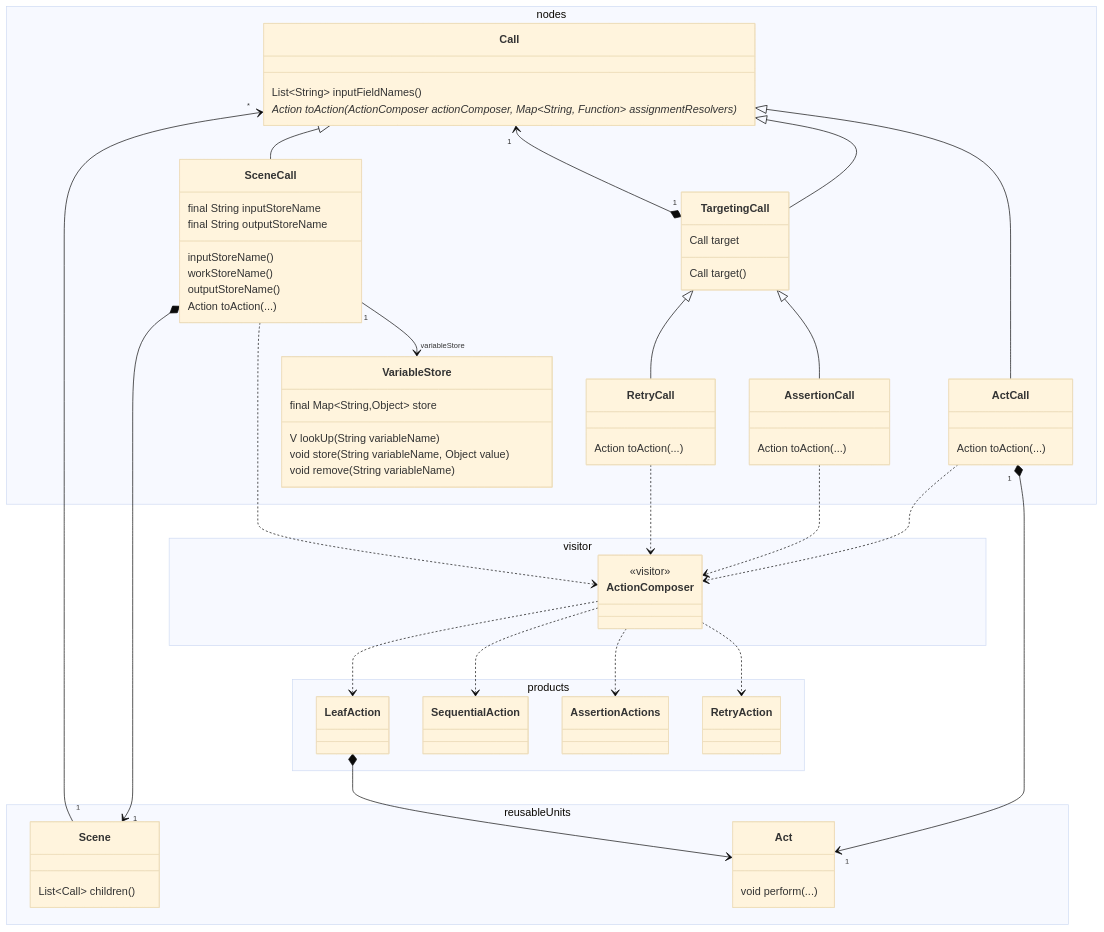
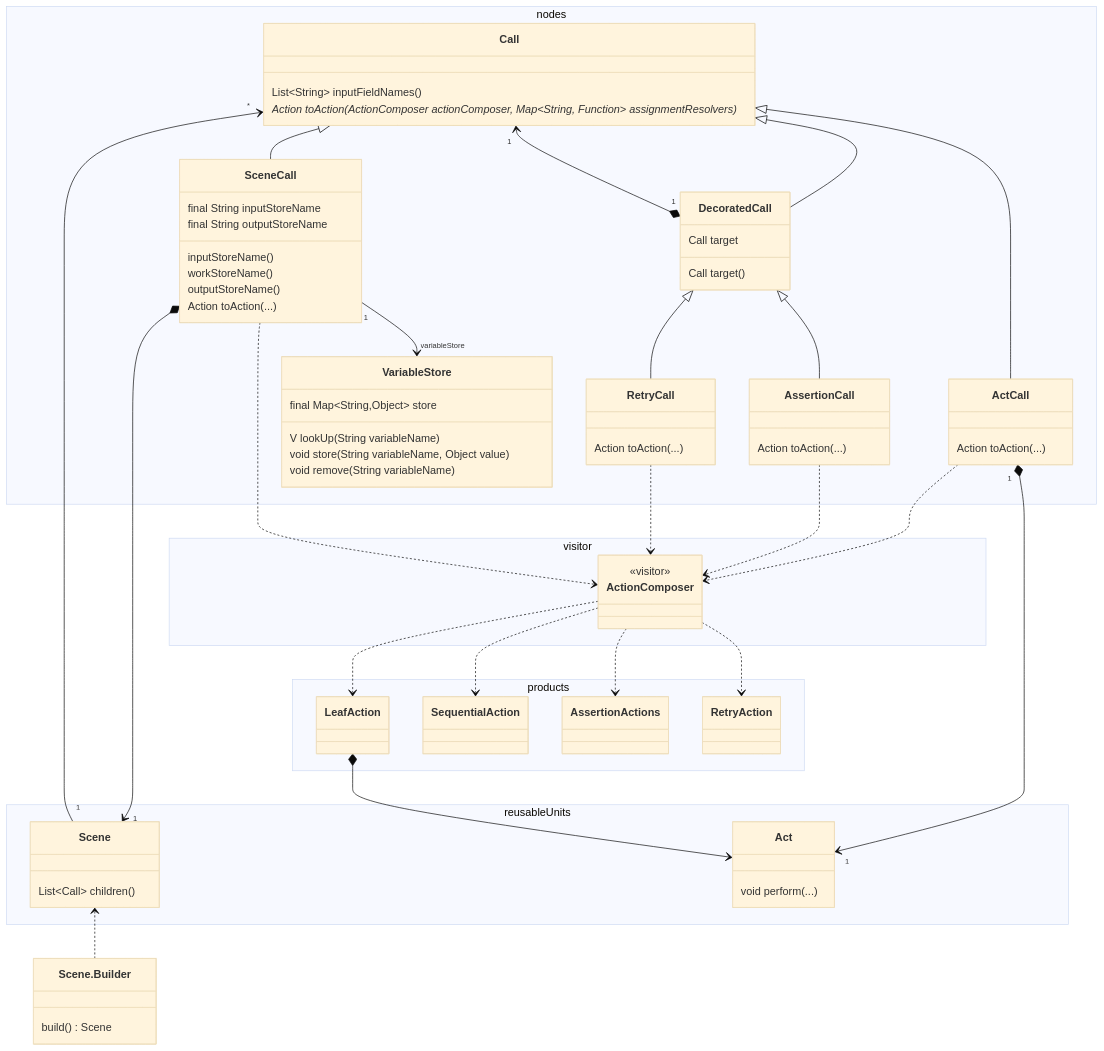
One commit to moneyforward/insdog changed the fourth of 5 diagrams in src/main/java/jp/co/moneyforward/autotest/framework/action/package-info.md. Above: the diagram before and after it, drawn with Mermaid (base theme). The commit also changed other lines of this file and 12 other files, not shown here.

````diff
--- a/src/main/java/jp/co/moneyforward/autotest/framework/action/package-info.md
+++ b/src/main/java/jp/co/moneyforward/autotest/framework/action/package-info.md
@@ -158,7 +158,7 @@
         class ActCall {
             Action toAction(...)
         }
-        class TargetingCall {
+        class TargetingCall["DecoratedCall"] {
             Call target
             Call target()
         }
@@ -221,4 +221,9 @@
     ActionComposer ..> SequentialAction
     
     LeafAction *--> Act
+
+    class SceneBuilder["Scene.Builder"] {
+        build() Scene
+    }
+    Scene <.. SceneBuilder
 ```
````
